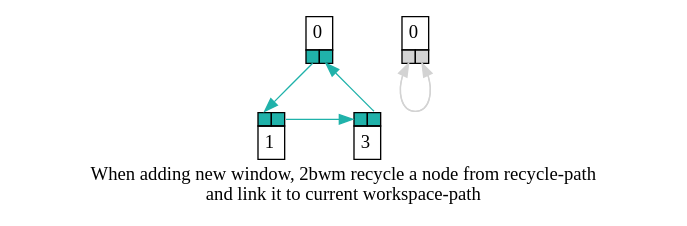
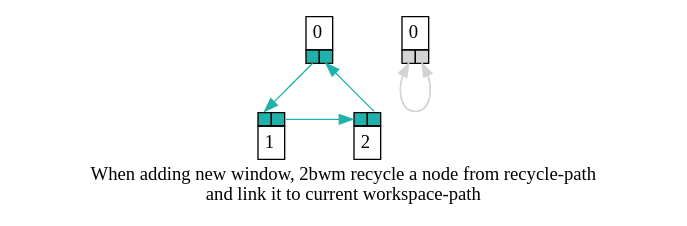
The diagram in src/data3.gv (netcrop/2bwm), drawn with Graphviz before and after one commit. The commit also changed 3 other files, not shown here.

```diff
--- a/src/data3.gv
+++ b/src/data3.gv
@@ -1,53 +1,53 @@
 digraph ports {
     { rank=same;n0;n3;}
     { rank=same;n1;n2}
     splines=polyline;
     n0 [shape=none,margin=0,label=<
     <table border="0" cellborder="1" cellspacing="0" cellpadding="4">
         <tr>
             <td colspan="2">0</td>
         </tr>
         <tr>
             <td port="1" bgcolor="lightseagreen"></td>
             <td port="2" bgcolor="lightseagreen"></td>
         </tr>
     </table>>];
     n1 [shape=none,margin=0,label=<
     <table border="0" cellborder="1" cellspacing="0" cellpadding="4">
         <tr>
             <td port="1" bgcolor="lightseagreen"></td>
             <td port="2" bgcolor="lightseagreen"></td>
         </tr>
         <tr>
             <td colspan="2">1</td>
         </tr>
     </table>>];
     n2 [shape=none,margin=0,label=<
     <table border="0" cellborder="1" cellspacing="0" cellpadding="4">
         <tr>
             <td port="1" bgcolor="lightseagreen"></td>
             <td port="2" bgcolor="lightseagreen"></td>
         </tr>
         <tr>
-            <td colspan="2">3</td>
+            <td colspan="2">2</td>
         </tr>
     </table>>];
     n3 [shape=none,margin=0,label=<
     <table border="0" cellborder="1" cellspacing="0" cellpadding="4">
         <tr>
             <td colspan="2">0</td>
         </tr>
         <tr>
             <td port="1" bgcolor="lightgrey"></td>
             <td port="2" bgcolor="lightgrey"></td>
         </tr>
     </table>>];
     n0:1 -> n1:1 [arrowhead=normal,color=lightseagreen;weight=10;];
     n1:2 -> n2:1 [arrowhead=normal,color=lightseagreen;weight=10];
     n2:2 -> n0:2 [arrowhead=normal,color=lightseagreen;weight=10];
 
     n3:1:s -> n3:2:s [arrowhead=normal,color=lightgrey;weight=10];
     n3:2:s -> n3:1:s [arrowhead=normal,color=lightgrey;weight=10];
 label = "When adding new window, 2bwm recycle a node from recycle-path
 and link it to current workspace-path";
 }
```
